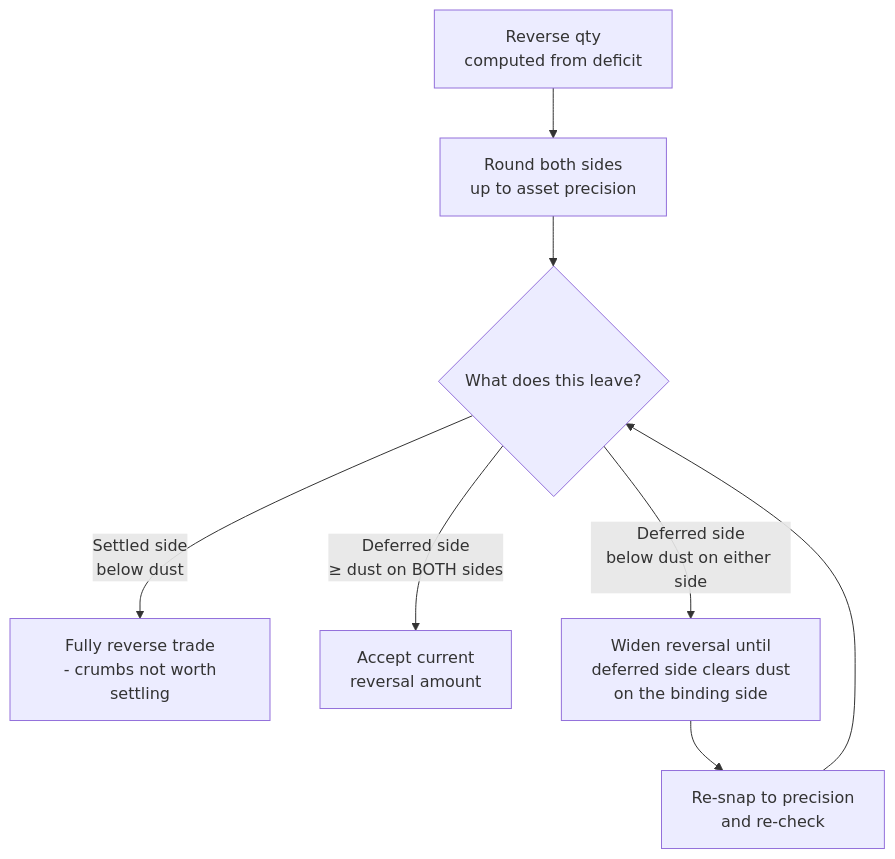
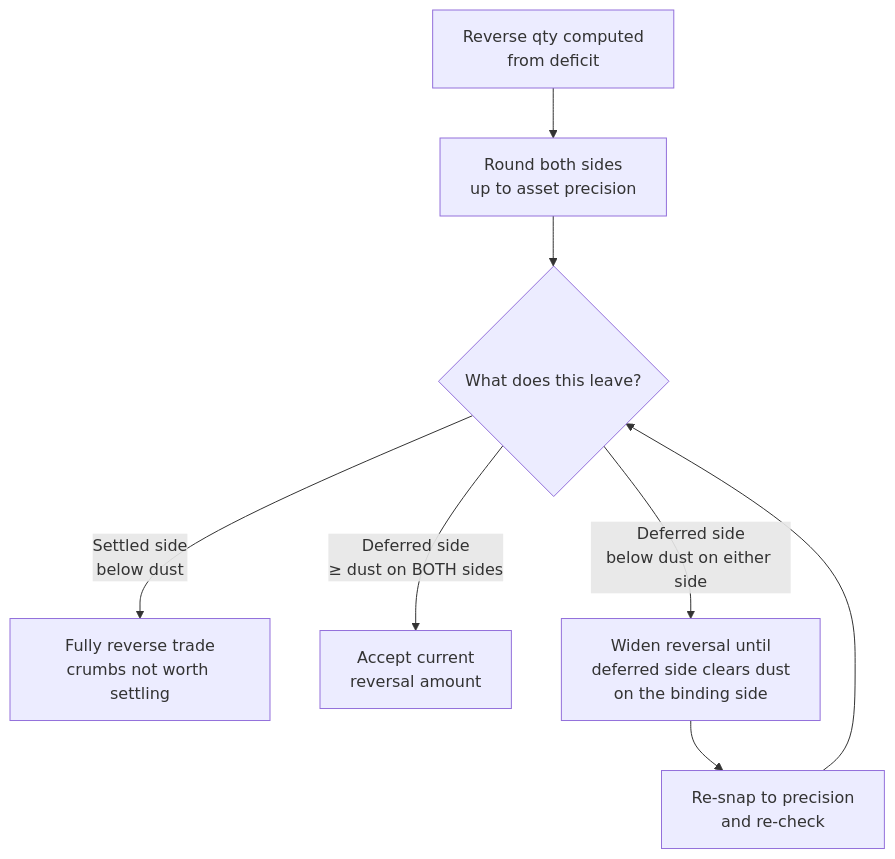
The ninth of 9 diagrams in confluence.md (induwarabas/net-settlement), drawn with Mermaid before and after one commit. The commit also changed other lines of this file, not shown here.

Commit message:
Update `confluence.md` to provide a detailed, long-form reference for the multilateral settlement engine. Rewrite introduction, expand step-by-step documentation, revise table of contents, and add penalty logic and dust threshold rules.

````diff
--- a/confluence.md
+++ b/confluence.md
@@ -542,10 +805,10 @@
 ```mermaid
 flowchart TD
-    Start[Reverse qty<br/>computed from deficit] --> Snap[Round both sides<br/>up to asset precision]
+    Start[Reverse qty computed<br/>from deficit] --> Snap[Round both sides<br/>up to asset precision]
     Snap --> Check{What does this leave?}
-    Check -- "Settled side<br/>below dust" --> Full[Fully reverse trade<br/> - crumbs not worth settling]
+    Check -- "Settled side<br/>below dust" --> Full[Fully reverse trade<br/>crumbs not worth settling]
     Check -- "Deferred side<br/>≥ dust on BOTH sides" --> Accept[Accept current<br/>reversal amount]
     Check -- "Deferred side<br/>below dust on either side" --> Widen[Widen reversal until<br/>deferred side clears dust<br/>on the binding side]
     Widen --> Snap2[Re-snap to precision<br/>and re-check]
     Snap2 --> Check
 ```
````
